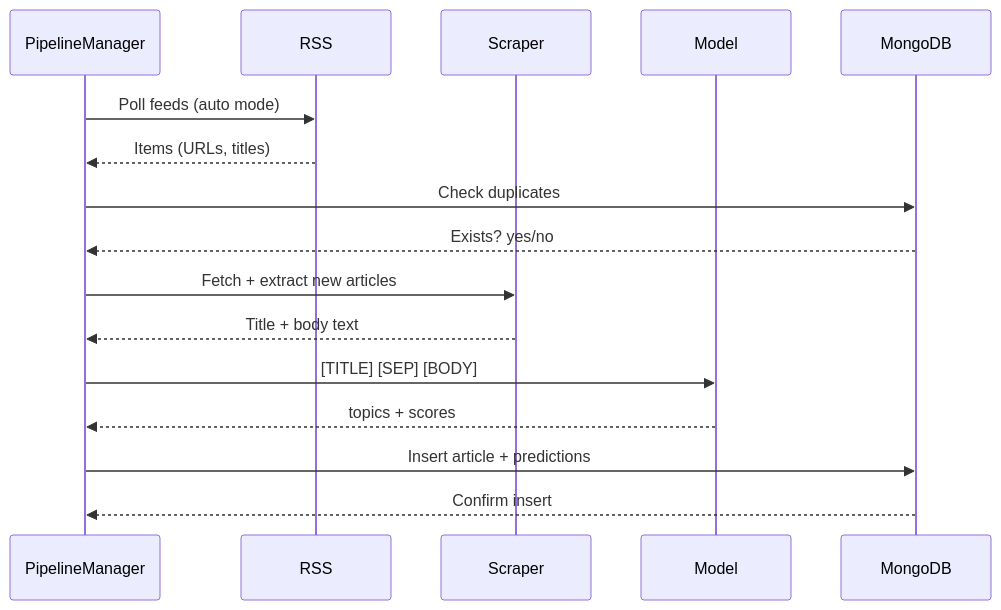
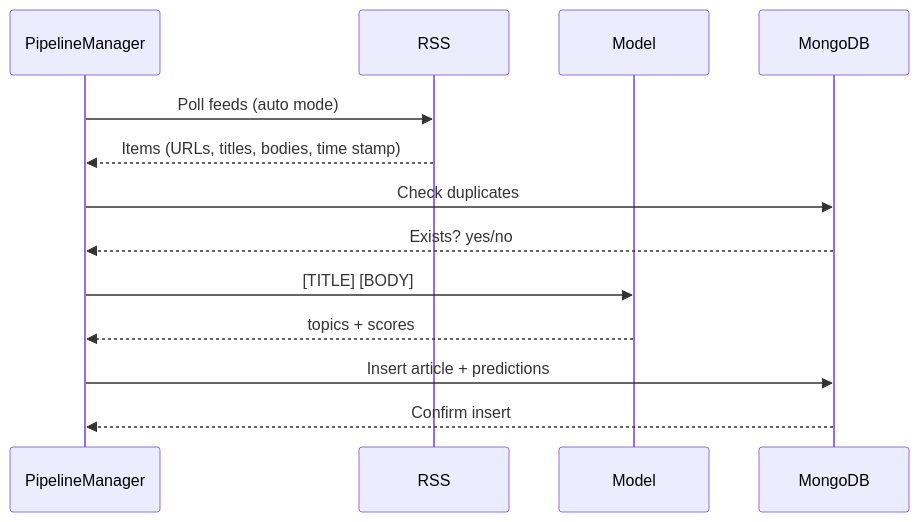
Before and after one commit to kmullin8/News-Topic-Classification: the diagram in README.md, drawn with Mermaid. The commit also changed other lines of this file, not shown here.

````diff
--- a/README.md
+++ b/README.md
@@ -57,23 +28,19 @@
 ```mermaid
 sequenceDiagram
     participant PipelineManager
     participant RSS
-    participant Scraper
     participant Model
     participant MongoDB
 
     PipelineManager->>RSS: Poll feeds (auto mode)
-    RSS-->>PipelineManager: Items (URLs, titles)
+    RSS-->>PipelineManager: Items (URLs, titles, bodies, time stamp)
 
     PipelineManager->>MongoDB: Check duplicates
     MongoDB-->>PipelineManager: Exists? yes/no
 
-    PipelineManager->>Scraper: Fetch + extract new articles
-    Scraper-->>PipelineManager: Title + body text
-
-    PipelineManager->>Model: [TITLE] [SEP] [BODY]
+    PipelineManager->>Model: [TITLE] [BODY]
     Model-->>PipelineManager: topics + scores
 
     PipelineManager->>MongoDB: Insert article + predictions
     MongoDB-->>PipelineManager: Confirm insert
 ```
````
